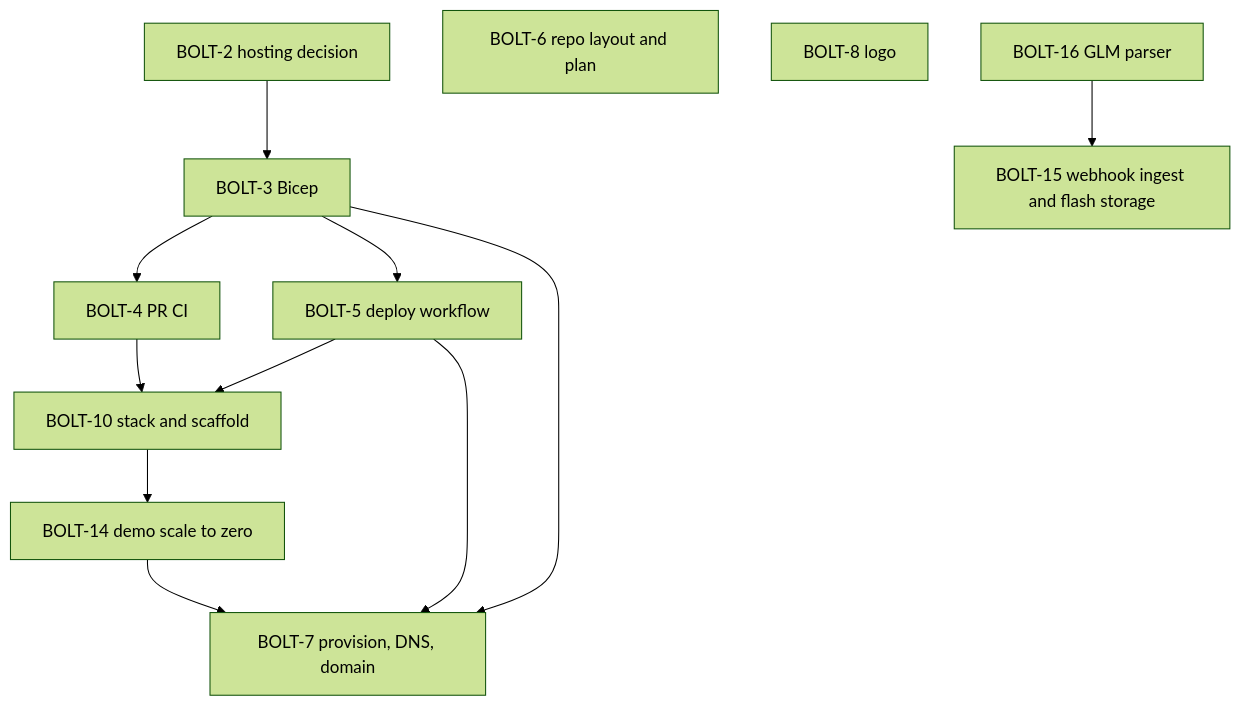
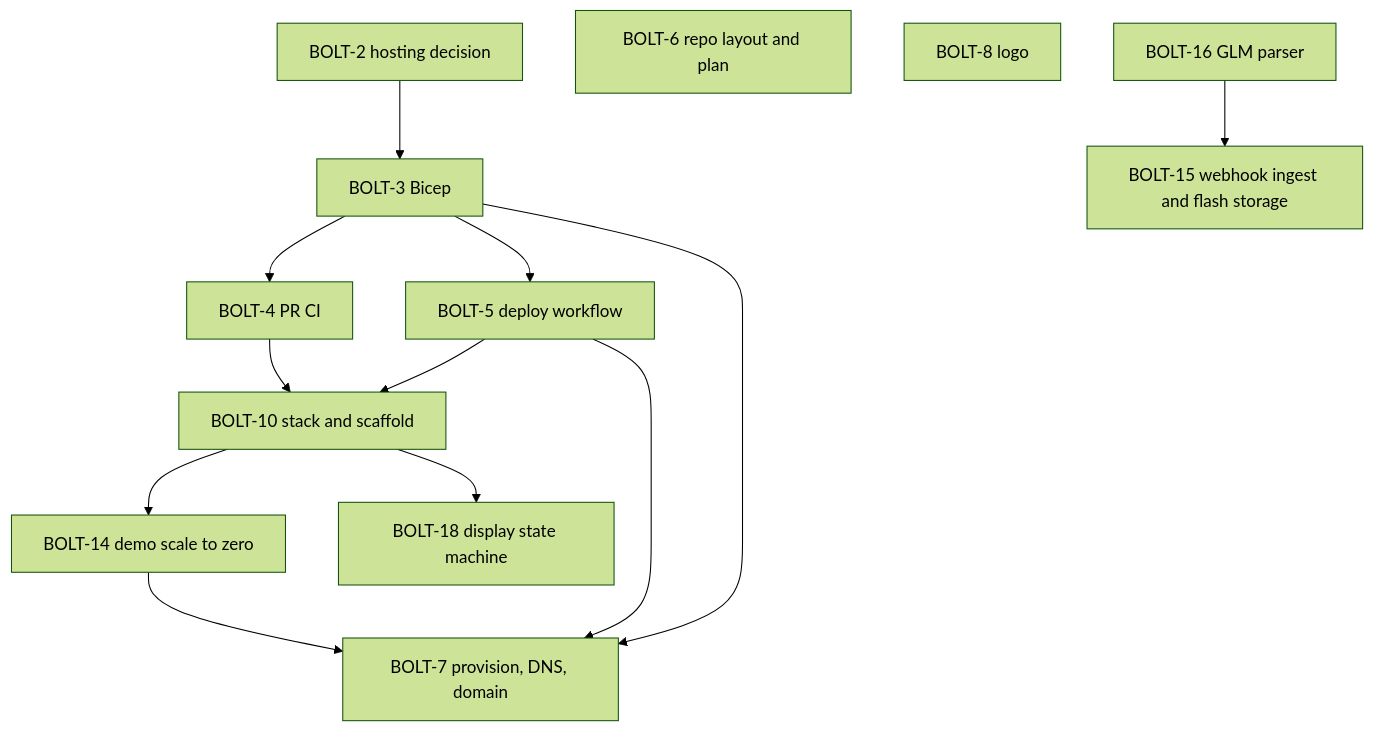
One commit to henrique-meyer/boltclock changed the diagram in docs/plan.md. Above: the diagram before and after it, drawn with Mermaid (forest theme). The commit also changed other lines of this file and 3 other files, not shown here.

First line of the commit message:
BOLT-18 Display state machine as a pure, tested module

````diff
--- a/docs/plan.md
+++ b/docs/plan.md
@@ -15,24 +15,26 @@
 ```mermaid
 flowchart TD
   s2[BOLT-2 hosting decision]
   s3[BOLT-3 Bicep]
   s4[BOLT-4 PR CI]
   s5[BOLT-5 deploy workflow]
   s6[BOLT-6 repo layout and plan]
   s7[BOLT-7 provision, DNS, domain]
   s8[BOLT-8 logo]
   s10[BOLT-10 stack and scaffold]
   s14[BOLT-14 demo scale to zero]
   s15[BOLT-15 webhook ingest and flash storage]
   s16[BOLT-16 GLM parser]
+  s18[BOLT-18 display state machine]
   s2 --> s3
   s4 --> s10
   s5 --> s10
   s3 --> s4
   s3 --> s5
   s3 --> s7
   s5 --> s7
   s10 --> s14
   s14 --> s7
   s16 --> s15
+  s10 --> s18
 ```
````
